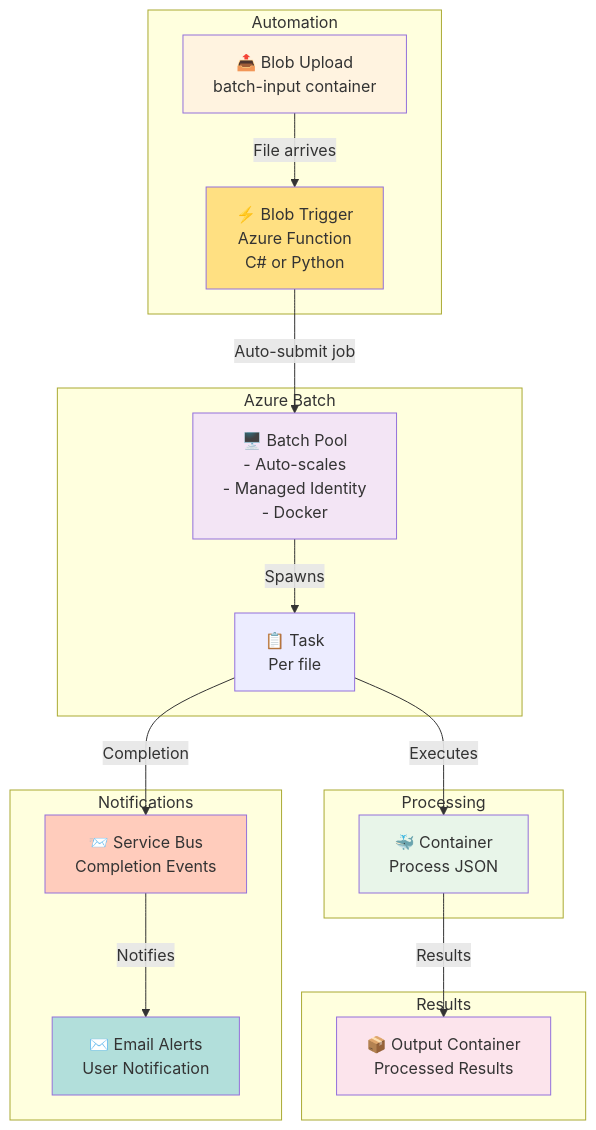
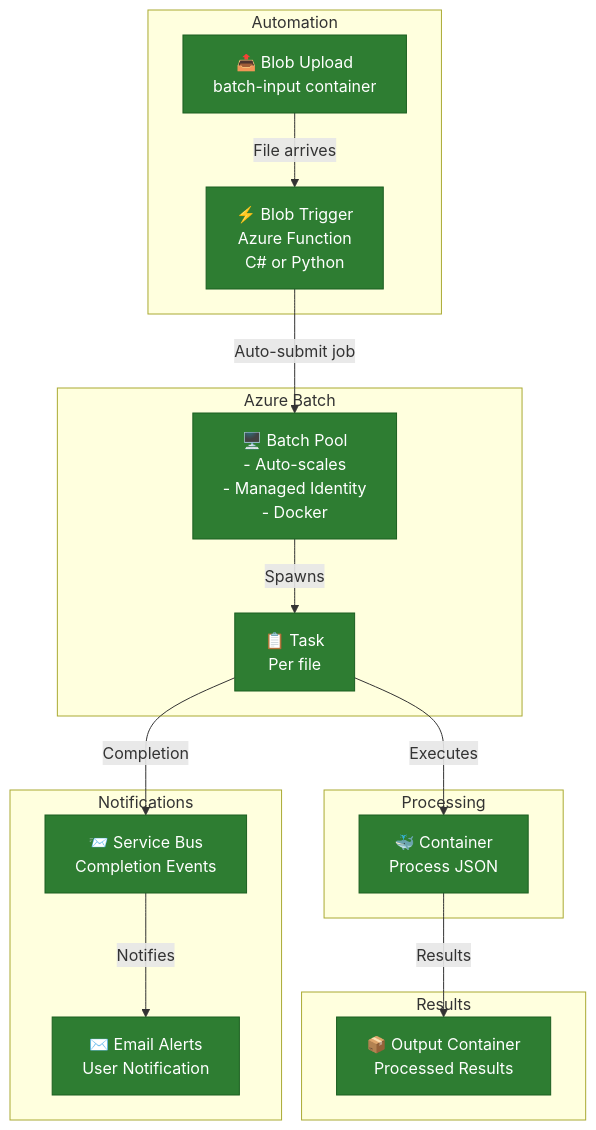
The fourth of 5 diagrams in README.md (san360/azure-batch-json-processor), drawn with Mermaid before and after one commit. The commit also changed other lines of this file, not shown here.

Commit message:
docs(readme): apply dark green theme to all mermaid diagrams incl. sequence diagrams

````diff
--- a/README.md
+++ b/README.md
@@ -204,41 +211,43 @@
 ```mermaid
 graph TB
     subgraph "Automation"
         BLOB["📤 Blob Upload<br/>batch-input container"]
         TRIGGER["⚡ Blob Trigger<br/>Azure Function<br/>C# or Python"]
     end
 
     subgraph "Azure Batch"
         POOL["🖥️ Batch Pool<br/>- Auto-scales<br/>- Managed Identity<br/>- Docker"]
         TASK["📋 Task<br/>Per file"]
     end
 
     subgraph "Processing"
         CONTAINER["🐳 Container<br/>Process JSON"]
     end
 
     subgraph "Results"
         OUTPUT["📦 Output Container<br/>Processed Results"]
     end
 
     subgraph "Notifications"
         QUEUE["📨 Service Bus<br/>Completion Events"]
         EMAIL["✉️ Email Alerts<br/>User Notification"]
     end
 
     BLOB -->|File arrives| TRIGGER
     TRIGGER -->|Auto-submit job| POOL
     POOL -->|Spawns| TASK
     TASK -->|Executes| CONTAINER
     CONTAINER -->|Results| OUTPUT
     TASK -->|Completion| QUEUE
     QUEUE -->|Notifies| EMAIL
 
-    style BLOB fill:#fff3e0
-    style TRIGGER fill:#ffe082
-    style POOL fill:#f3e5f5
-    style CONTAINER fill:#e8f5e9
-    style OUTPUT fill:#fce4ec
-    style QUEUE fill:#ffccbc
-    style EMAIL fill:#b2dfdb
+  %% Unified accessible color scheme
+  style BLOB fill:#2e7d32,stroke:#1b5e20,stroke-width:1px,color:#fff
+  style TRIGGER fill:#2e7d32,stroke:#1b5e20,stroke-width:1px,color:#fff
+  style POOL fill:#2e7d32,stroke:#1b5e20,stroke-width:1px,color:#fff
+  style TASK fill:#2e7d32,stroke:#1b5e20,stroke-width:1px,color:#fff
+  style CONTAINER fill:#2e7d32,stroke:#1b5e20,stroke-width:1px,color:#fff
+  style OUTPUT fill:#2e7d32,stroke:#1b5e20,stroke-width:1px,color:#fff
+  style QUEUE fill:#2e7d32,stroke:#1b5e20,stroke-width:1px,color:#fff
+  style EMAIL fill:#2e7d32,stroke:#1b5e20,stroke-width:1px,color:#fff
 ```
````
